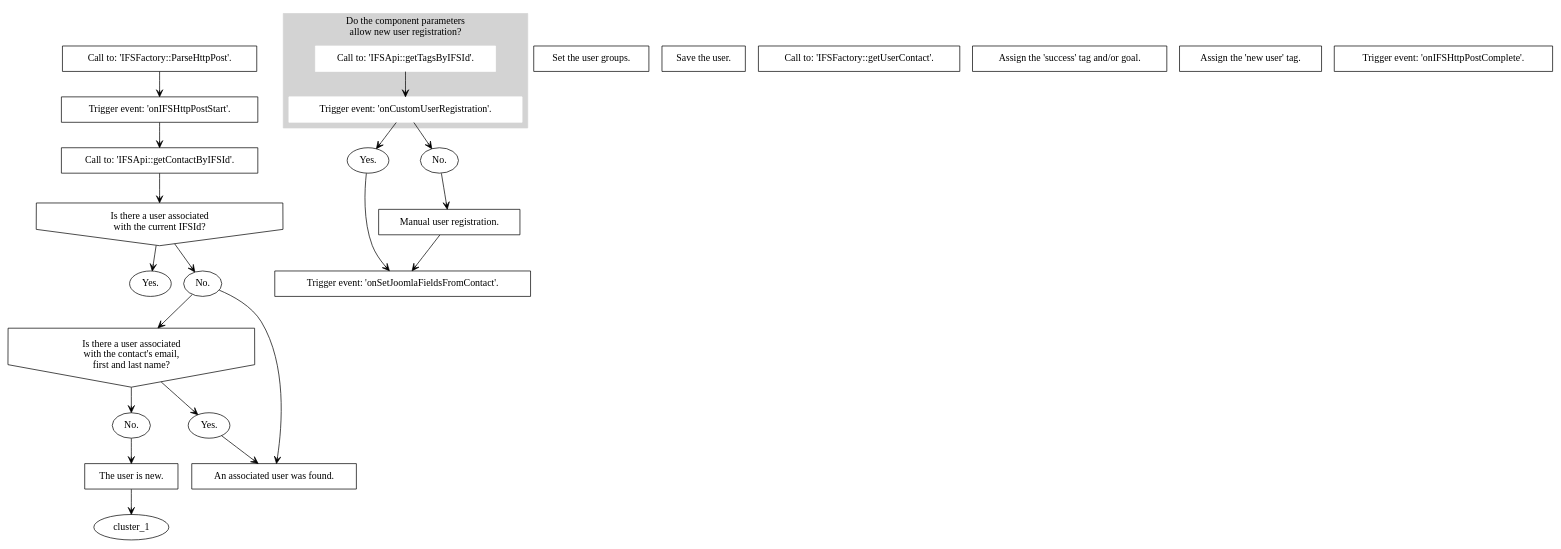
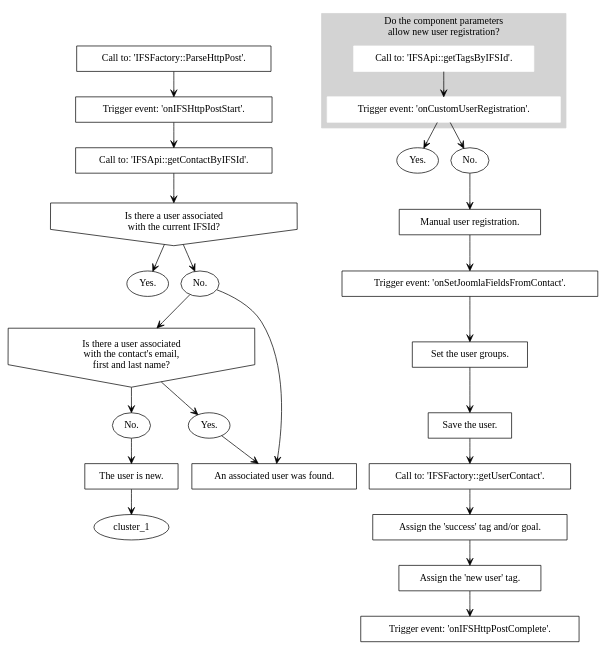
One commit to treste91/JoomFuse changed the diagram in docs/procedures/register_user.rst. Above: the diagram before and after it, drawn with Graphviz.

```diff
--- a/docs/procedures/register_user.rst
+++ b/docs/procedures/register_user.rst
@@ -4,56 +4,61 @@
 .. graphviz::
 
    digraph {
    
       1 [label="Call to: 'IFSFactory::ParseHttpPost'." shape=rectangle]
       2 [label="Trigger event: 'onIFSHttpPostStart'." shape=rectangle]
       3 [label="Call to: 'IFSApi::getContactByIFSId'." shape=rectangle]
       4 [label="Is there a user associated\n with the current IFSId?" shape=invhouse]
       5 [label="Yes." shape=oval]
       6 [label="No." shape=oval]
       7 [label="Is there a user associated\n with the contact's email,\n first and last name?" shape=invhouse]
       8 [label="Yes." shape=oval]
       9 [label="An associated user was found." shape=rectangle]
       10 [label="No." shape=oval]
       11 [label="The user is new." shape=rectangle]
       
       subgraph cluster_1 {
          style=filled;
          color=lightgrey;
 		   node [style=filled,color=white];
          label="Do the component parameters\n allow new user registration?"
          12 [label="Call to: 'IFSApi::getTagsByIFSId'." shape=rectangle]
          13 [label="Trigger event: 'onCustomUserRegistration'." shape=rectangle]
       }
       
       14 [label="Yes." shape=oval]
       15 [label="No." shape=oval]
       16 [label="Manual user registration." shape=rectangle]
       17 [label="Trigger event: 'onSetJoomlaFieldsFromContact'." shape=rectangle]
       18 [label="Set the user groups." shape=rectangle]
       19 [label="Save the user." shape=rectangle]
       20 [label="Call to: 'IFSFactory::getUserContact'." shape=rectangle]
       21 [label="Assign the 'success' tag and/or goal." shape=rectangle]
       22 [label="Assign the 'new user' tag." shape=rectangle]
       23 [label="Trigger event: 'onIFSHttpPostComplete'." shape=rectangle]
       
       
       1 -> 2 [arrowhead=vee arrowsize=1]
       2 -> 3 [arrowhead=vee arrowsize=1]
       3 -> 4 [arrowhead=vee arrowsize=1]
       4 -> 5 [arrowhead=vee arrowsize=1]
       4 -> 6 [arrowhead=vee arrowsize=1]
       6 -> 7 [arrowhead=vee arrowsize=1]
       7 -> 8 [arrowhead=vee arrowsize=1]
       8 -> 9 [arrowhead=vee arrowsize=1]
       6 -> 9 [arrowhead=vee arrowsize=1]
       7 -> 10 [arrowhead=vee arrowsize=1]
       10 -> 11 [arrowhead=vee arrowsize=1]
       11 -> cluster_1 [arrowhead=vee arrowsize=1]
       12 -> 13 [arrowhead=vee arrowsize=1]
       13 -> 14 [arrowhead=vee arrowsize=1]
       13 -> 15 [arrowhead=vee arrowsize=1]
       15 -> 16 [arrowhead=vee arrowsize=1]
       16 -> 17 [arrowhead=vee arrowsize=1]
-      14 -> 17 [arrowhead=vee arrowsize=1]
+      17 -> 18 [arrowhead=vee arrowsize=1]
+      18 -> 19 [arrowhead=vee arrowsize=1]
+      19 -> 20 [arrowhead=vee arrowsize=1]
+      20 -> 21 [arrowhead=vee arrowsize=1]
+      21 -> 22 [arrowhead=vee arrowsize=1]
+      22 -> 23 [arrowhead=vee arrowsize=1]
    }
```
